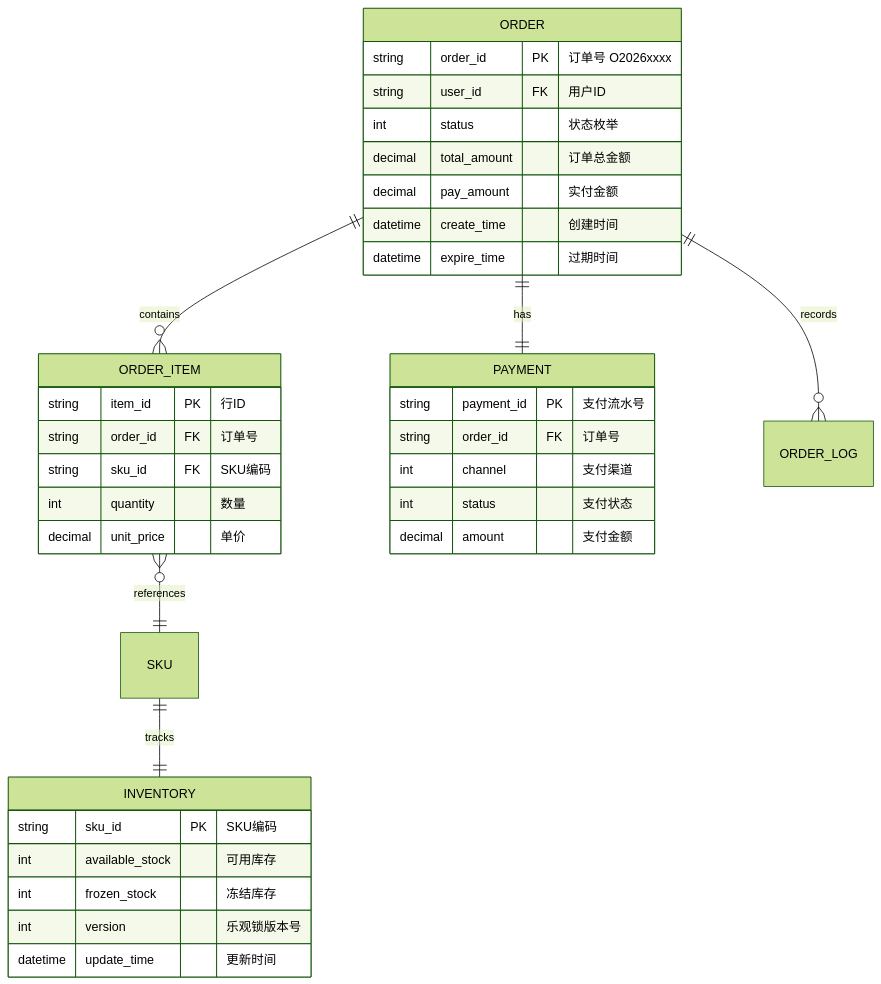
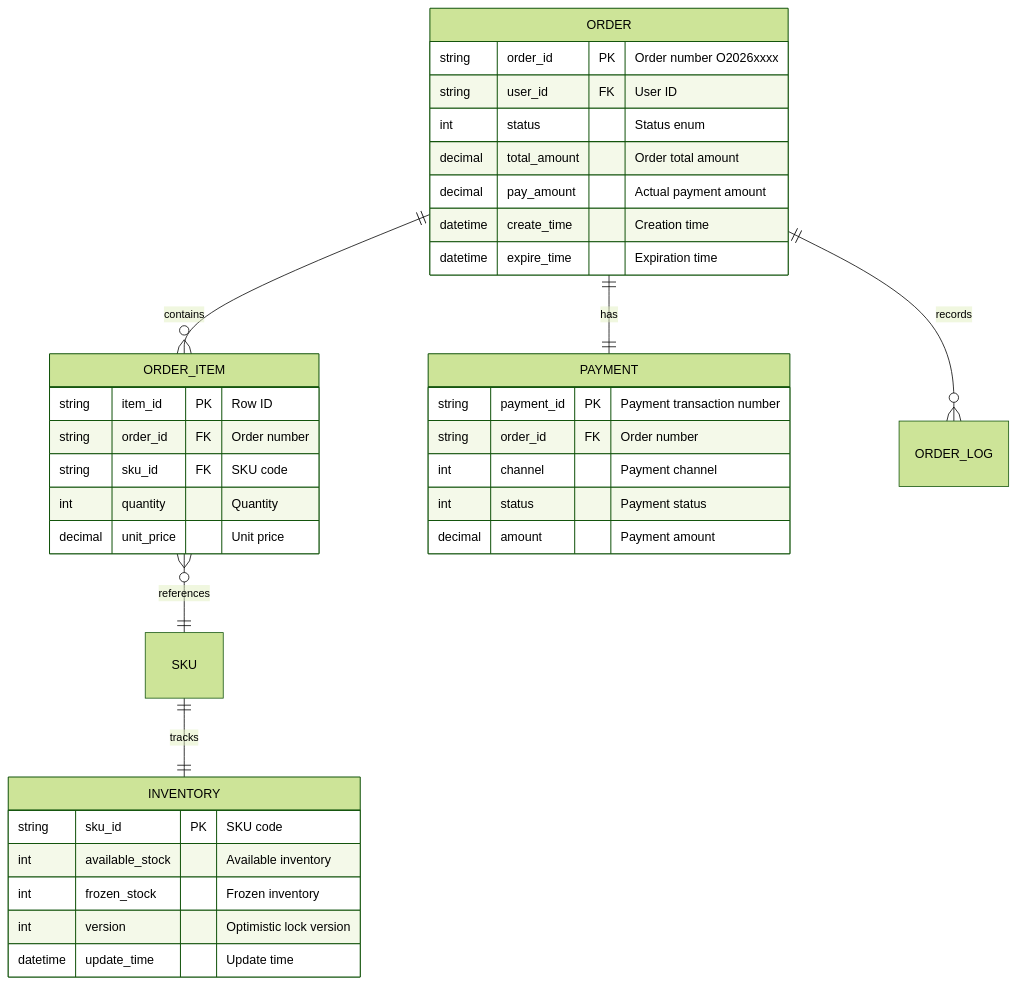
One commit to Kirky-X/cangjie changed the fourth of 11 diagrams in templates/产品/产品层/【模板】功能需求文档.md. Above: the diagram before and after it, drawn with Mermaid (forest theme). The commit also changed other lines of this file and 60 other files, not shown here.

````diff
--- a/templates/产品/产品层/【模板】功能需求文档.md
+++ b/templates/产品/产品层/【模板】功能需求文档.md
@@ -170,42 +170,42 @@
 ```mermaid
 erDiagram
     ORDER ||--o{ ORDER_ITEM : contains
     ORDER ||--|| PAYMENT : has
     ORDER ||--o{ ORDER_LOG : records
     ORDER_ITEM }o--|| SKU : references
     SKU ||--|| INVENTORY : tracks
 
     ORDER {
-        string order_id PK "订单号 O2026xxxx"
-        string user_id FK "用户ID"
-        int status "状态枚举"
-        decimal total_amount "订单总金额"
-        decimal pay_amount "实付金额"
-        datetime create_time "创建时间"
-        datetime expire_time "过期时间"
+        string order_id PK "Order number O2026xxxx"
+        string user_id FK "User ID"
+        int status "Status enum"
+        decimal total_amount "Order total amount"
+        decimal pay_amount "Actual payment amount"
+        datetime create_time "Creation time"
+        datetime expire_time "Expiration time"
     }
 
     ORDER_ITEM {
-        string item_id PK "行ID"
-        string order_id FK "订单号"
-        string sku_id FK "SKU编码"
-        int quantity "数量"
-        decimal unit_price "单价"
+        string item_id PK "Row ID"
+        string order_id FK "Order number"
+        string sku_id FK "SKU code"
+        int quantity "Quantity"
+        decimal unit_price "Unit price"
     }
 
     INVENTORY {
-        string sku_id PK "SKU编码"
-        int available_stock "可用库存"
-        int frozen_stock "冻结库存"
-        int version "乐观锁版本号"
-        datetime update_time "更新时间"
+        string sku_id PK "SKU code"
+        int available_stock "Available inventory"
+        int frozen_stock "Frozen inventory"
+        int version "Optimistic lock version"
+        datetime update_time "Update time"
     }
 
     PAYMENT {
-        string payment_id PK "支付流水号"
-        string order_id FK "订单号"
-        int channel "支付渠道"
-        int status "支付状态"
-        decimal amount "支付金额"
+        string payment_id PK "Payment transaction number"
+        string order_id FK "Order number"
+        int channel "Payment channel"
+        int status "Payment status"
+        decimal amount "Payment amount"
     }
 ```
````
